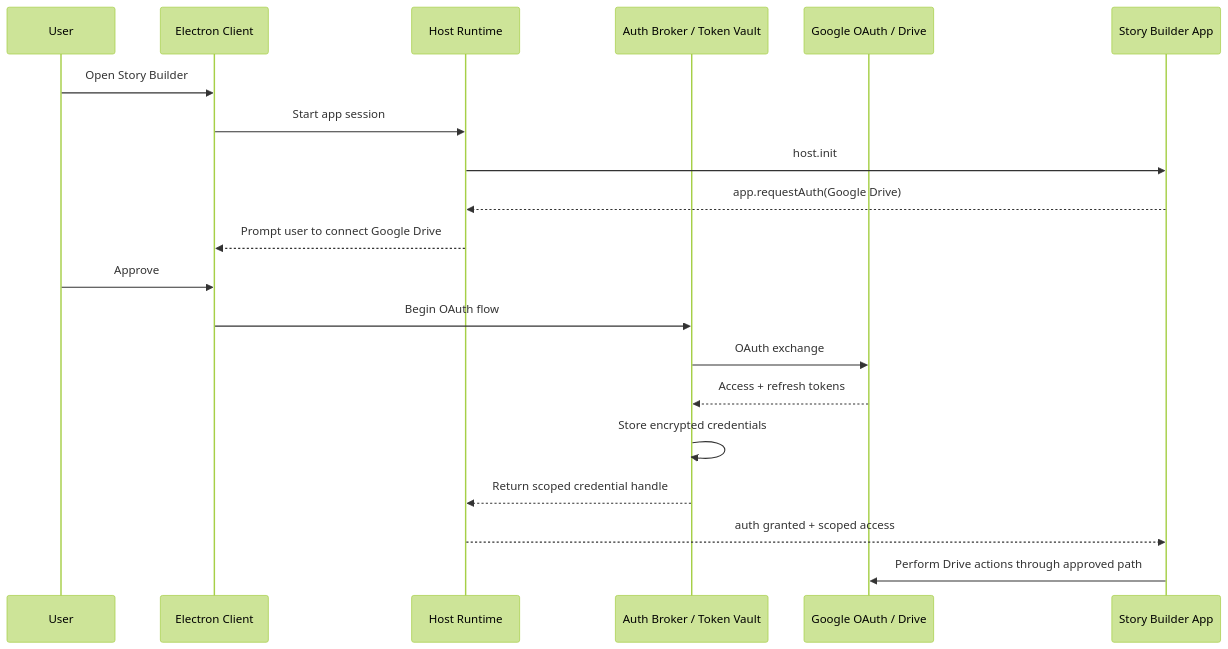
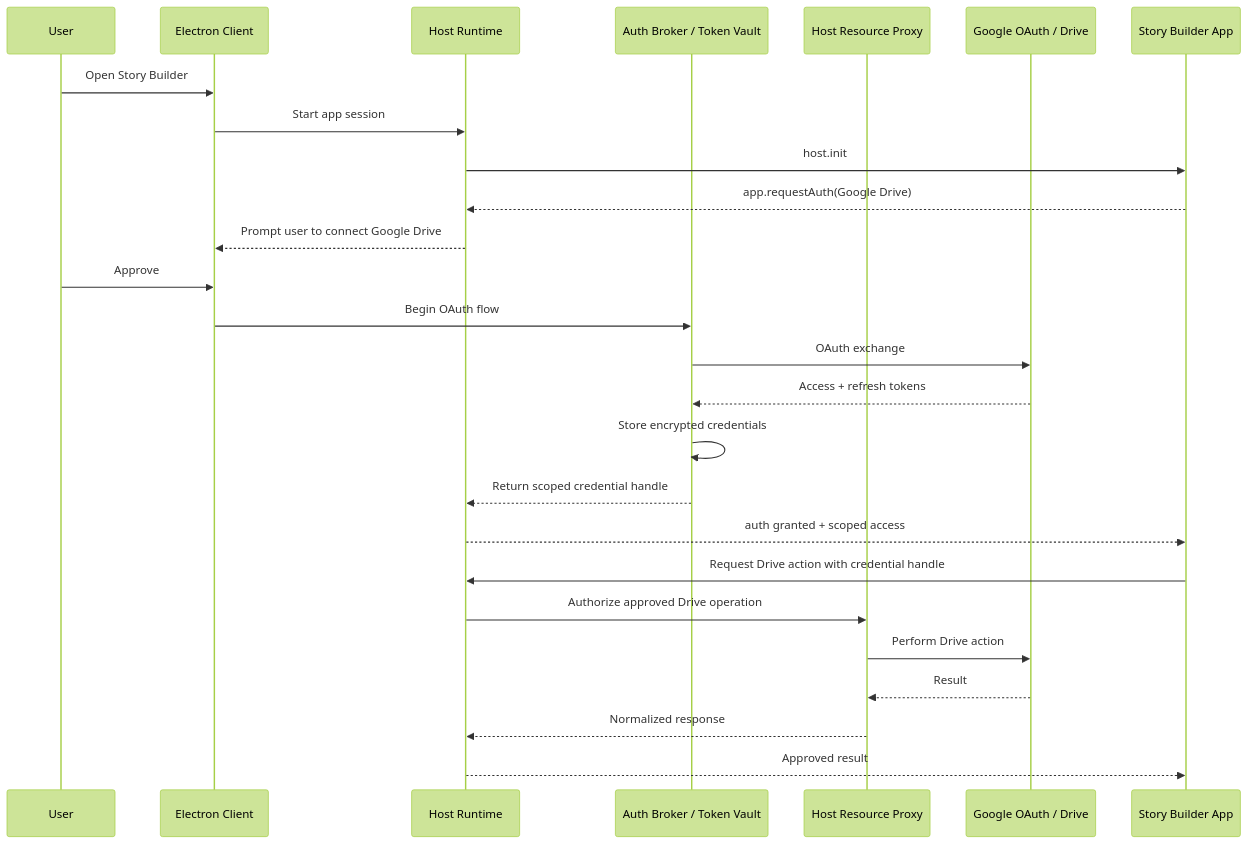
The fifth of 7 diagrams in chatbridge/ARCHITECTURE.md (chatboxai/chatbox), drawn with Mermaid (forest theme) before and after one commit. The commit also changed other lines of this file and 1 other file, not shown here.

````diff
--- a/chatbridge/ARCHITECTURE.md
+++ b/chatbridge/ARCHITECTURE.md
@@ -198,23 +236,29 @@
 ```mermaid
 sequenceDiagram
     participant User
     participant Client as Electron Client
     participant Host as Host Runtime
     participant Auth as Auth Broker / Token Vault
+    participant Proxy as Host Resource Proxy
     participant Google as Google OAuth / Drive
     participant Story as Story Builder App
 
     User->>Client: Open Story Builder
     Client->>Host: Start app session
     Host->>Story: host.init
     Story-->>Host: app.requestAuth(Google Drive)
     Host-->>Client: Prompt user to connect Google Drive
     User->>Client: Approve
     Client->>Auth: Begin OAuth flow
     Auth->>Google: OAuth exchange
     Google-->>Auth: Access + refresh tokens
     Auth->>Auth: Store encrypted credentials
     Auth-->>Host: Return scoped credential handle
     Host-->>Story: auth granted + scoped access
-    Story->>Google: Perform Drive actions through approved path
+    Story->>Host: Request Drive action with credential handle
+    Host->>Proxy: Authorize approved Drive operation
+    Proxy->>Google: Perform Drive action
+    Google-->>Proxy: Result
+    Proxy-->>Host: Normalized response
+    Host-->>Story: Approved result
 ```
````
